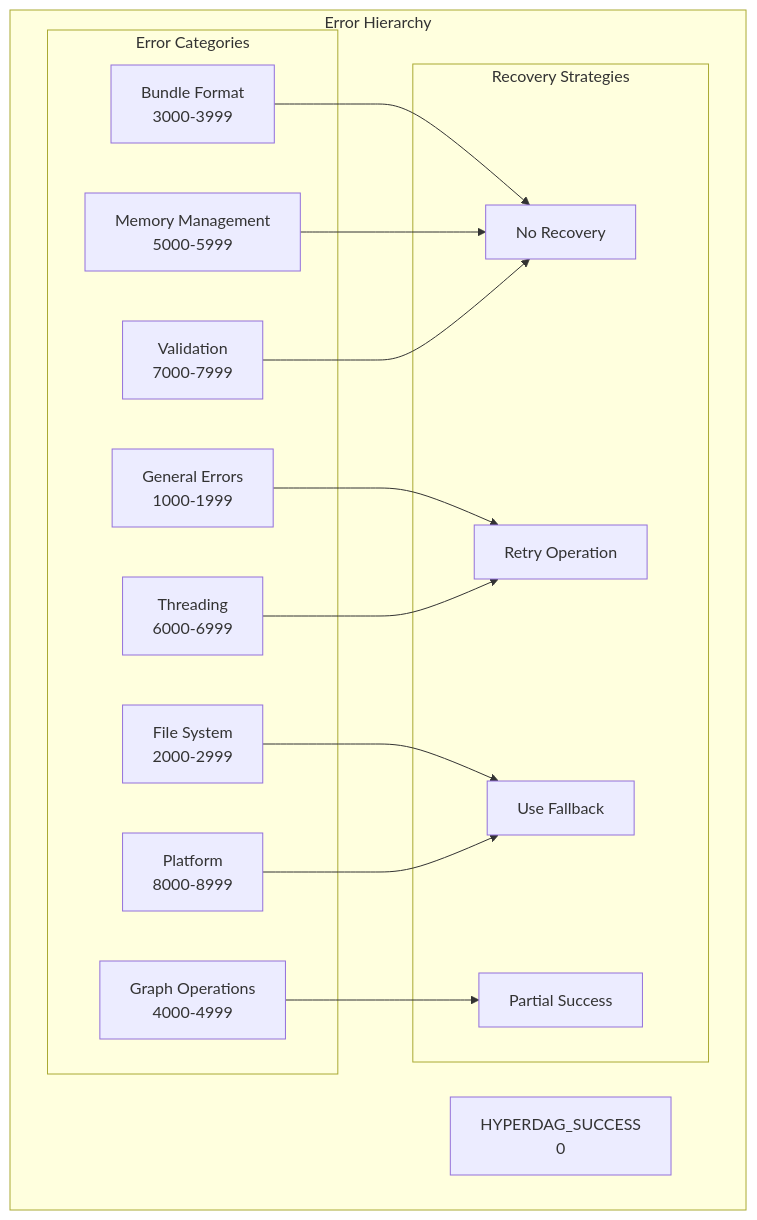
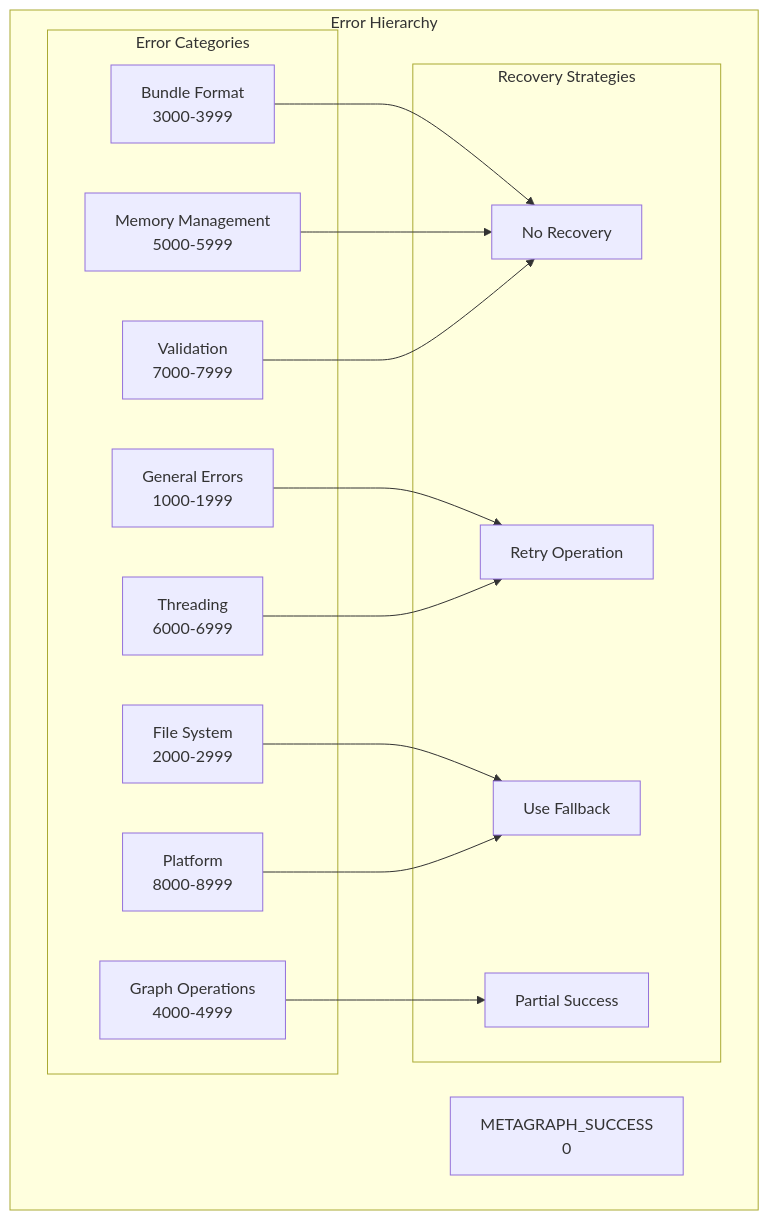
One commit to hyperdag/core changed the first of 3 diagrams in docs/features/F011-error-handling-validation.md. Above: the diagram before and after it, drawn with Mermaid. The commit also changed other lines of this file and 59 other files, not shown here.

````diff
--- a/docs/features/F011-error-handling-validation.md
+++ b/docs/features/F011-error-handling-validation.md
@@ -272,33 +272,33 @@
 ```mermaid
 graph TD
     subgraph "Error Hierarchy"
-        SUCCESS[HYPERDAG_SUCCESS<br/>0]
-        
+        SUCCESS[METAGRAPH_SUCCESS<br/>0]
+
         subgraph "Error Categories"
             GENERAL[General Errors<br/>1000-1999]
             FILESYSTEM[File System<br/>2000-2999]
             BUNDLE[Bundle Format<br/>3000-3999]
             GRAPH[Graph Operations<br/>4000-4999]
             MEMORY[Memory Management<br/>5000-5999]
             THREADING[Threading<br/>6000-6999]
             VALIDATION[Validation<br/>7000-7999]
             PLATFORM[Platform<br/>8000-8999]
         end
-        
+
         subgraph "Recovery Strategies"
             NONE[No Recovery]
             RETRY[Retry Operation]
             FALLBACK[Use Fallback]
             PARTIAL[Partial Success]
         end
-        
+
         GENERAL --> RETRY
         FILESYSTEM --> FALLBACK
         BUNDLE --> NONE
         GRAPH --> PARTIAL
         MEMORY --> NONE
         THREADING --> RETRY
         VALIDATION --> NONE
         PLATFORM --> FALLBACK
     end
 ```
````
